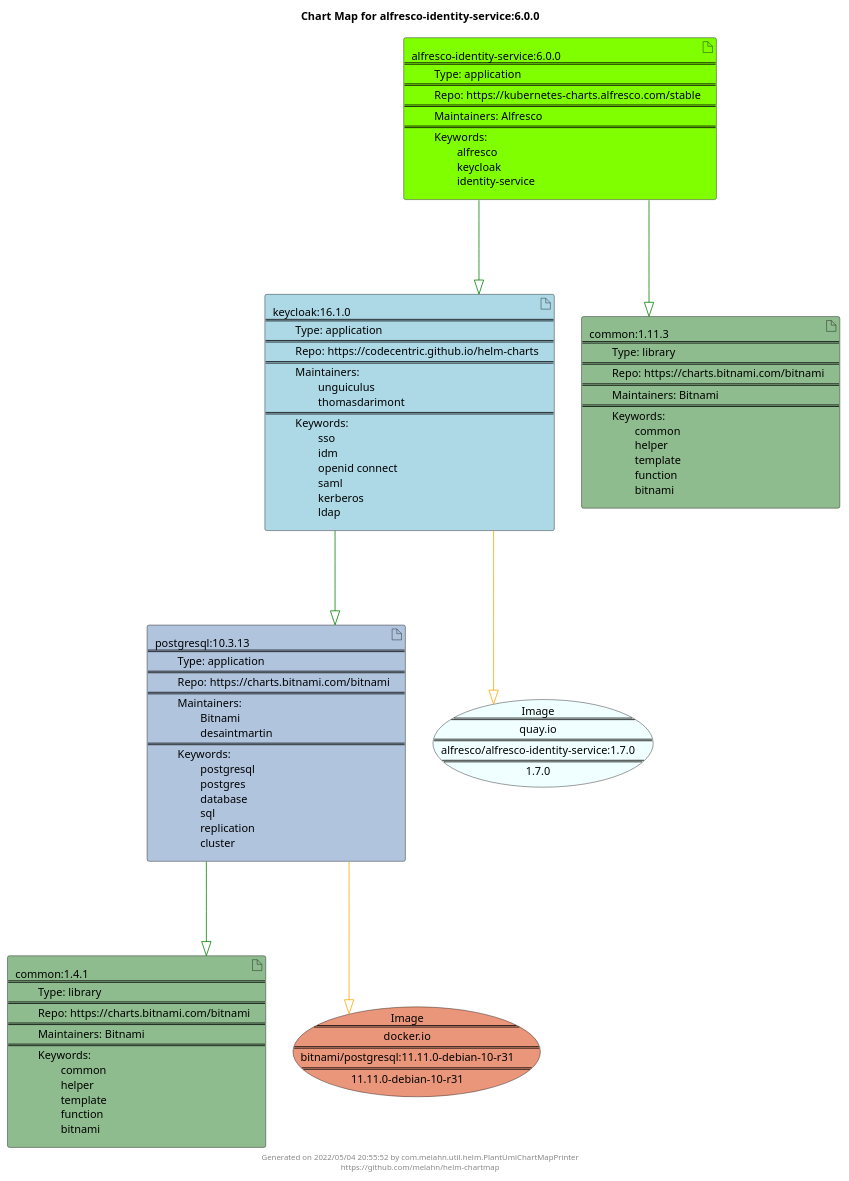
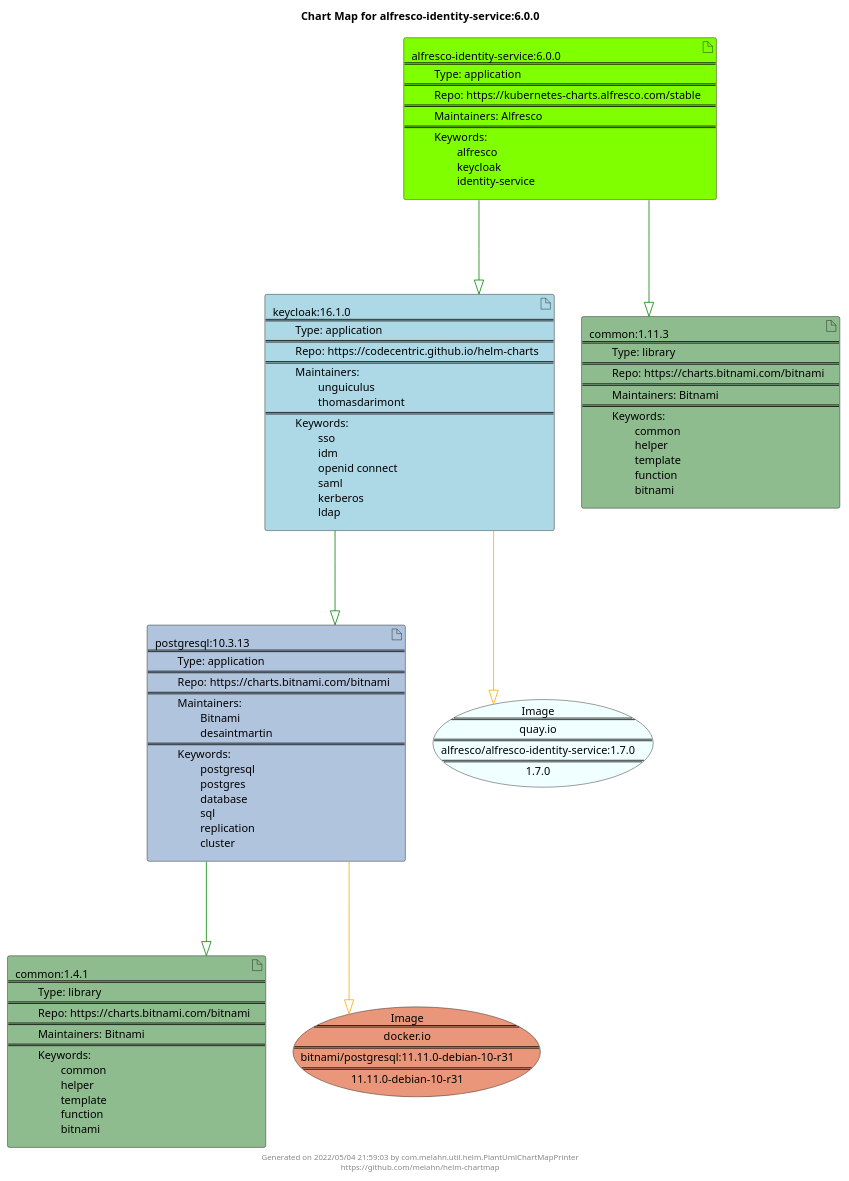
One commit to melahn/helm-chartmap changed the diagram in docs/alfresco-identity-service/alfresco-identity-service-6.0.0.puml. Above: the diagram before and after it, drawn with PlantUML. The commit also changed 63 other files, not shown here.

Commit message:
Update Example Chart Maps as part of GitHub build

```diff
--- a/docs/alfresco-identity-service/alfresco-identity-service-6.0.0.puml
+++ b/docs/alfresco-identity-service/alfresco-identity-service-6.0.0.puml
@@ -1,31 +1,31 @@
 @startuml
 skinparam linetype ortho
 skinparam backgroundColor white
 skinparam usecaseBorderColor black
 skinparam usecaseArrowColor LightSlateGray
 skinparam artifactBorderColor black
 skinparam artifactArrowColor LightSlateGray
 
 title Chart Map for alfresco-identity-service:6.0.0
 
 'There are 5 referenced Helm Charts
 artifact "common:1.4.1\n====\n\tType: library\n====\n\tRepo: https://charts.bitnami.com/bitnami\n====\n\tMaintainers: Bitnami\n====\n\tKeywords: \n\t\tcommon\n\t\thelper\n\t\ttemplate\n\t\tfunction\n\t\tbitnami" as common_1_4_1 #DarkSeaGreen
 artifact "keycloak:16.1.0\n====\n\tType: application\n====\n\tRepo: https://codecentric.github.io/helm-charts\n====\n\tMaintainers: \n\t\tunguiculus\n\t\tthomasdarimont\n====\n\tKeywords: \n\t\tsso\n\t\tidm\n\t\topenid connect\n\t\tsaml\n\t\tkerberos\n\t\tldap" as keycloak_16_1_0 #LightBlue
 artifact "postgresql:10.3.13\n====\n\tType: application\n====\n\tRepo: https://charts.bitnami.com/bitnami\n====\n\tMaintainers: \n\t\tBitnami\n\t\tdesaintmartin\n====\n\tKeywords: \n\t\tpostgresql\n\t\tpostgres\n\t\tdatabase\n\t\tsql\n\t\treplication\n\t\tcluster" as postgresql_10_3_13 #LightSteelBlue
 artifact "alfresco-identity-service:6.0.0\n====\n\tType: application\n====\n\tRepo: https://kubernetes-charts.alfresco.com/stable\n====\n\tMaintainers: Alfresco\n====\n\tKeywords: \n\t\talfresco\n\t\tkeycloak\n\t\tidentity-service" as alfresco_identity_service_6_0_0 #Chartreuse
 artifact "common:1.11.3\n====\n\tType: library\n====\n\tRepo: https://charts.bitnami.com/bitnami\n====\n\tMaintainers: Bitnami\n====\n\tKeywords: \n\t\tcommon\n\t\thelper\n\t\ttemplate\n\t\tfunction\n\t\tbitnami" as common_1_11_3 #DarkSeaGreen
 
 'There are 2 referenced Docker Images
 usecase "Image\n====\nquay.io\n====\nalfresco/alfresco-identity-service:1.7.0\n====\n1.7.0" as quay_io_alfresco_alfresco_identity_service_1_7_0 #Azure
 usecase "Image\n====\ndocker.io\n====\nbitnami/postgresql:11.11.0-debian-10-r31\n====\n11.11.0-debian-10-r31" as docker_io_bitnami_postgresql_11_11_0_debian_10_r31 #DarkSalmon
 
 'Chart Dependencies
 alfresco_identity_service_6_0_0--[#green]-|>common_1_11_3
 alfresco_identity_service_6_0_0--[#green]-|>keycloak_16_1_0
 keycloak_16_1_0--[#green]-|>postgresql_10_3_13
 postgresql_10_3_13--[#green]-|>common_1_4_1
 keycloak_16_1_0--[#orange]-|>quay_io_alfresco_alfresco_identity_service_1_7_0
 postgresql_10_3_13--[#orange]-|>docker_io_bitnami_postgresql_11_11_0_debian_10_r31
 
-center footer Generated on 2022/05/04 20:55:52 by com.melahn.util.helm.PlantUmlChartMapPrinter\nhttps://github.com/melahn/helm-chartmap
+center footer Generated on 2022/05/04 21:59:03 by com.melahn.util.helm.PlantUmlChartMapPrinter\nhttps://github.com/melahn/helm-chartmap
 @enduml
```
